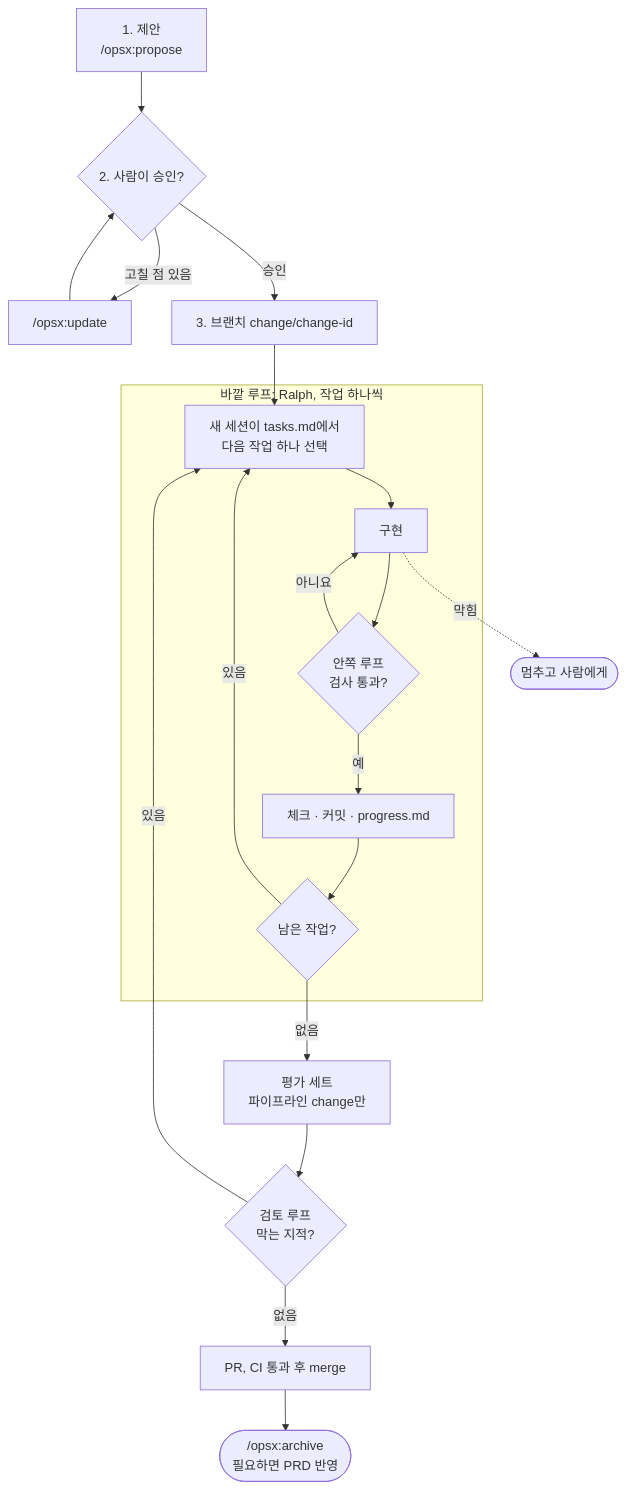
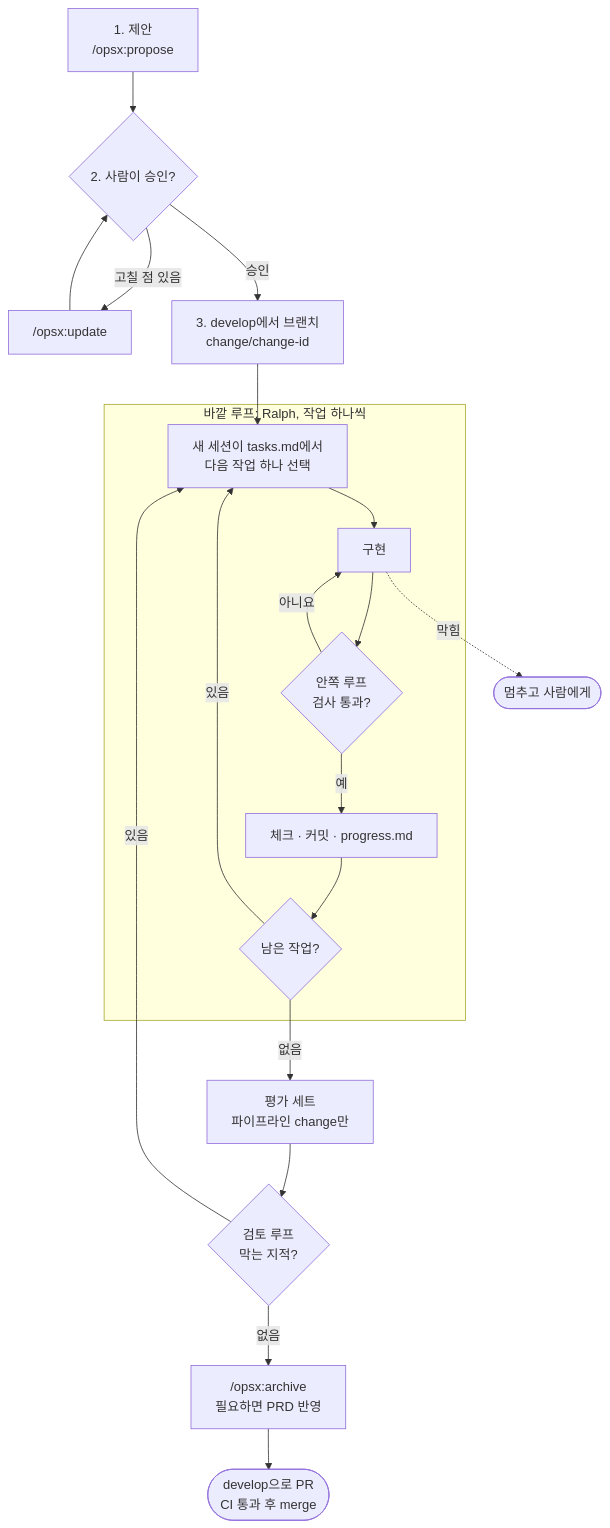
One commit to Vryez11/AskFlow changed the diagram in conventions/harness.md. Above: the diagram before and after it, drawn with Mermaid. The commit also changed other lines of this file, not shown here.

````diff
--- a/conventions/harness.md
+++ b/conventions/harness.md
@@ -17,22 +17,22 @@
 ```mermaid
 flowchart TD
     A["1. 제안<br/>/opsx:propose"] --> B{"2. 사람이 승인?"}
     B -->|"고칠 점 있음"| U["/opsx:update"]
     U --> B
-    B -->|"승인"| C["3. 브랜치 change/change-id"]
+    B -->|"승인"| C["3. develop에서 브랜치<br/>change/change-id"]
     C --> R
     subgraph outer["바깥 루프: Ralph, 작업 하나씩"]
         R["새 세션이 tasks.md에서<br/>다음 작업 하나 선택"] --> W["구현"]
         W --> K{"안쪽 루프<br/>검사 통과?"}
         K -->|"아니요"| W
         K -->|"예"| M["체크 · 커밋 · progress.md"]
         M --> N{"남은 작업?"}
         N -->|"있음"| R
     end
     W -.->|"막힘"| H(["멈추고 사람에게"])
     N -->|"없음"| E["평가 세트<br/>파이프라인 change만"]
     E --> V{"검토 루프<br/>막는 지적?"}
     V -->|"있음"| R
-    V -->|"없음"| P["PR, CI 통과 후 merge"]
-    P --> Z(["/opsx:archive<br/>필요하면 PRD 반영"])
+    V -->|"없음"| Z["/opsx:archive<br/>필요하면 PRD 반영"]
+    Z --> P(["develop으로 PR<br/>CI 통과 후 merge"])
 ```
````
